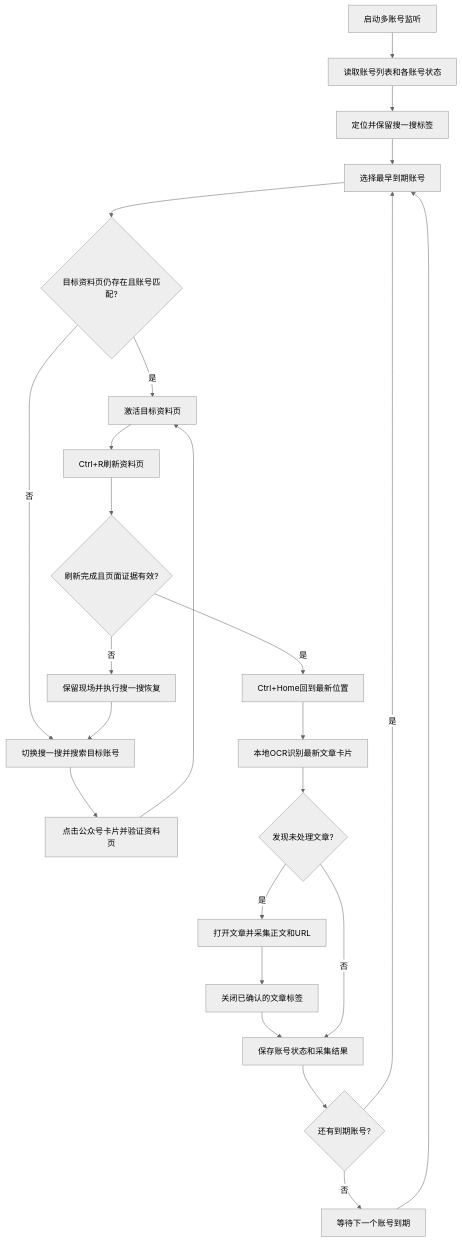
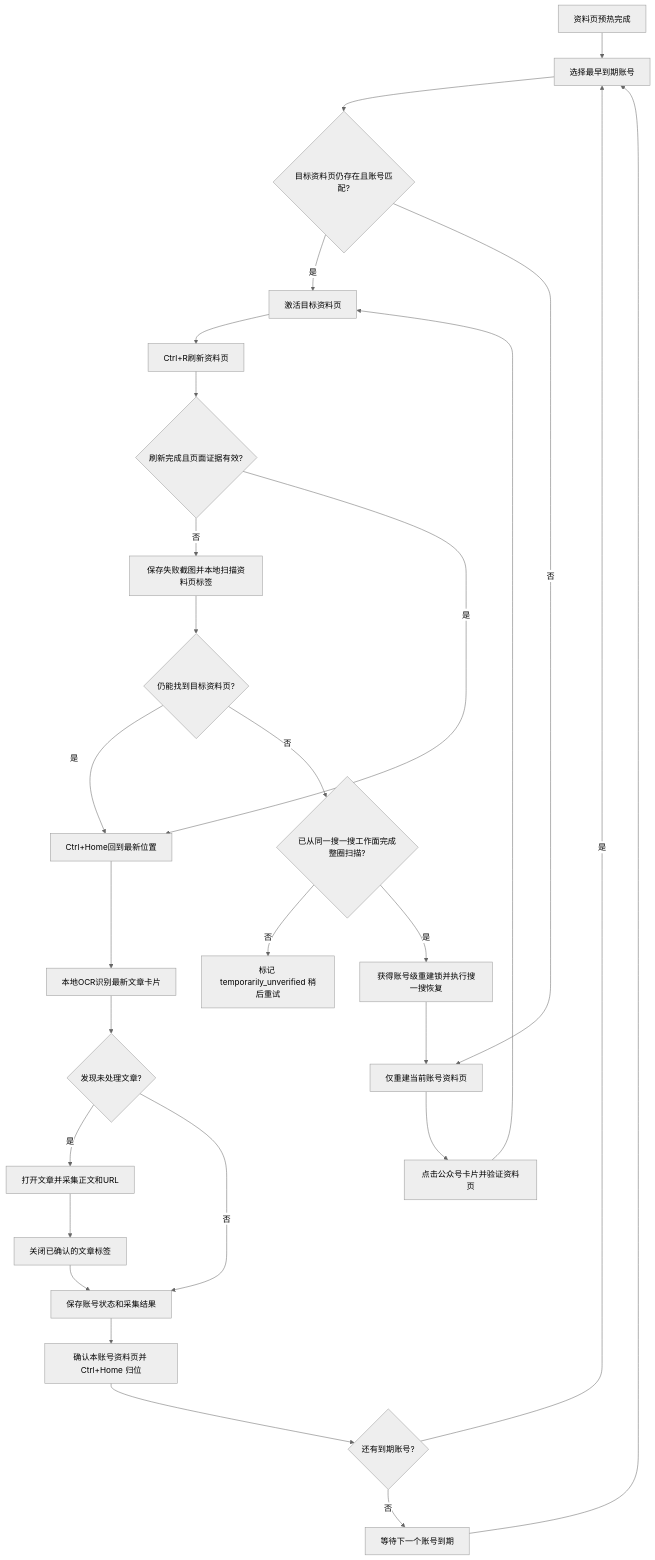
One commit to liuyuhuai3/wechat-article-rpa changed the fourth of 4 diagrams in docs/WECHAT_SEARCH_COLLECTION_FLOW.md. Above: the diagram before and after it, drawn with Mermaid (neutral theme). The commit also changed other lines of this file and 18 other files, not shown here.

````diff
--- a/docs/WECHAT_SEARCH_COLLECTION_FLOW.md
+++ b/docs/WECHAT_SEARCH_COLLECTION_FLOW.md
@@ -419,26 +453,31 @@
 ```mermaid
 flowchart TD
-    start[启动多账号监听] --> load[读取账号列表和各账号状态]
-    load --> search[定位并保留搜一搜标签]
-    search --> due[选择最早到期账号]
+    start[资料页预热完成] --> due[选择最早到期账号]
     due --> profileCheck{目标资料页仍存在且账号匹配?}
     profileCheck -- 是 --> activate[激活目标资料页]
-    profileCheck -- 否 --> searchAccount[切换搜一搜并搜索目标账号]
+    profileCheck -- 否 --> searchAccount[仅重建当前账号资料页]
     searchAccount --> verify[点击公众号卡片并验证资料页]
     verify --> activate
     activate --> refresh[Ctrl+R刷新资料页]
     refresh --> refreshCheck{刷新完成且页面证据有效?}
-    refreshCheck -- 否 --> recover[保留现场并执行搜一搜恢复]
+    refreshCheck -- 否 --> localRecover[保存失败截图并本地扫描资料页标签]
+    localRecover --> localFound{仍能找到目标资料页?}
+    localFound -- 是 --> latest
+    localFound -- 否 --> fullCycle{已从同一搜一搜工作面完成整圈扫描?}
+    fullCycle -- 否 --> defer[标记 temporarily_unverified 稍后重试]
+    fullCycle -- 是 --> recover[获得账号级重建锁并执行搜一搜恢复]
     recover --> searchAccount
     refreshCheck -- 是 --> latest[Ctrl+Home回到最新位置]
     latest --> ocr[本地OCR识别最新文章卡片]
     ocr --> articleCheck{发现未处理文章?}
     articleCheck -- 是 --> article[打开文章并采集正文和URL]
     article --> closeArticle[关闭已确认的文章标签]
     closeArticle --> save[保存账号状态和采集结果]
     articleCheck -- 否 --> save
-    save --> next{还有到期账号?}
+    save --> home[确认本账号资料页并 Ctrl+Home 归位]
+    home --> next
+    next{还有到期账号?}
     next -- 是 --> due
     next -- 否 --> sleep[等待下一个账号到期]
     sleep --> due
 ```
````
